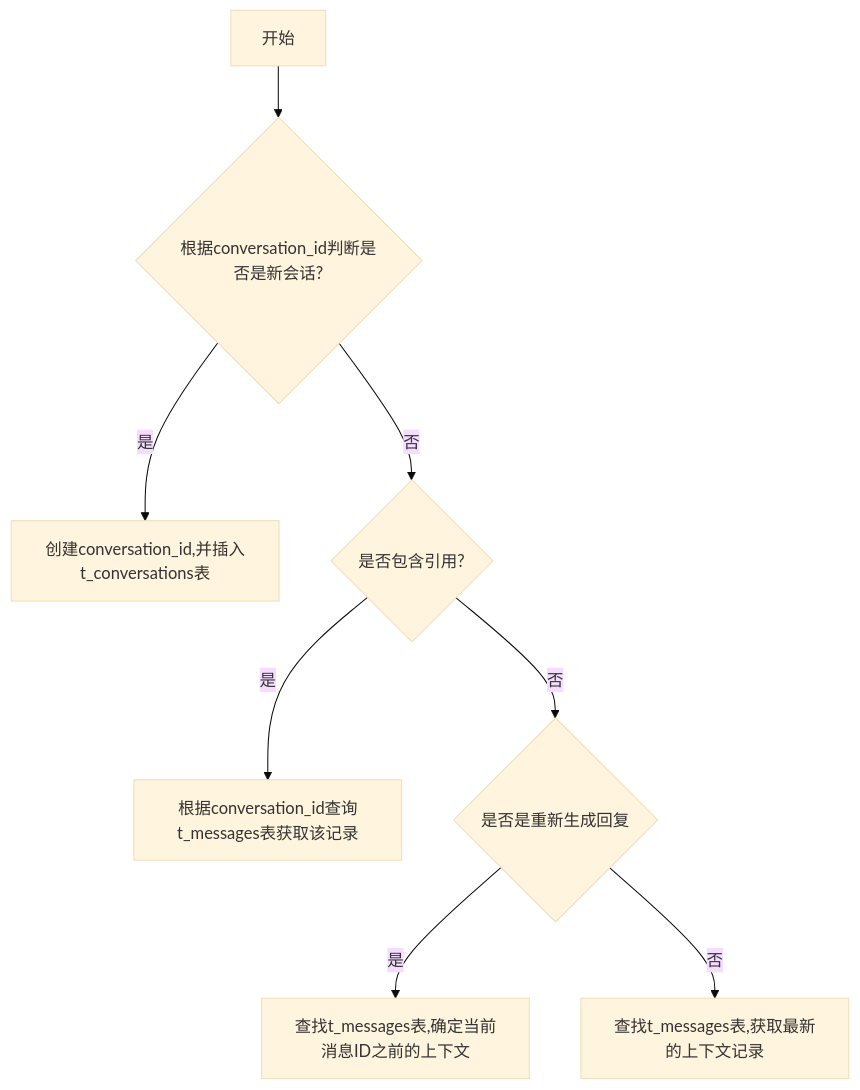
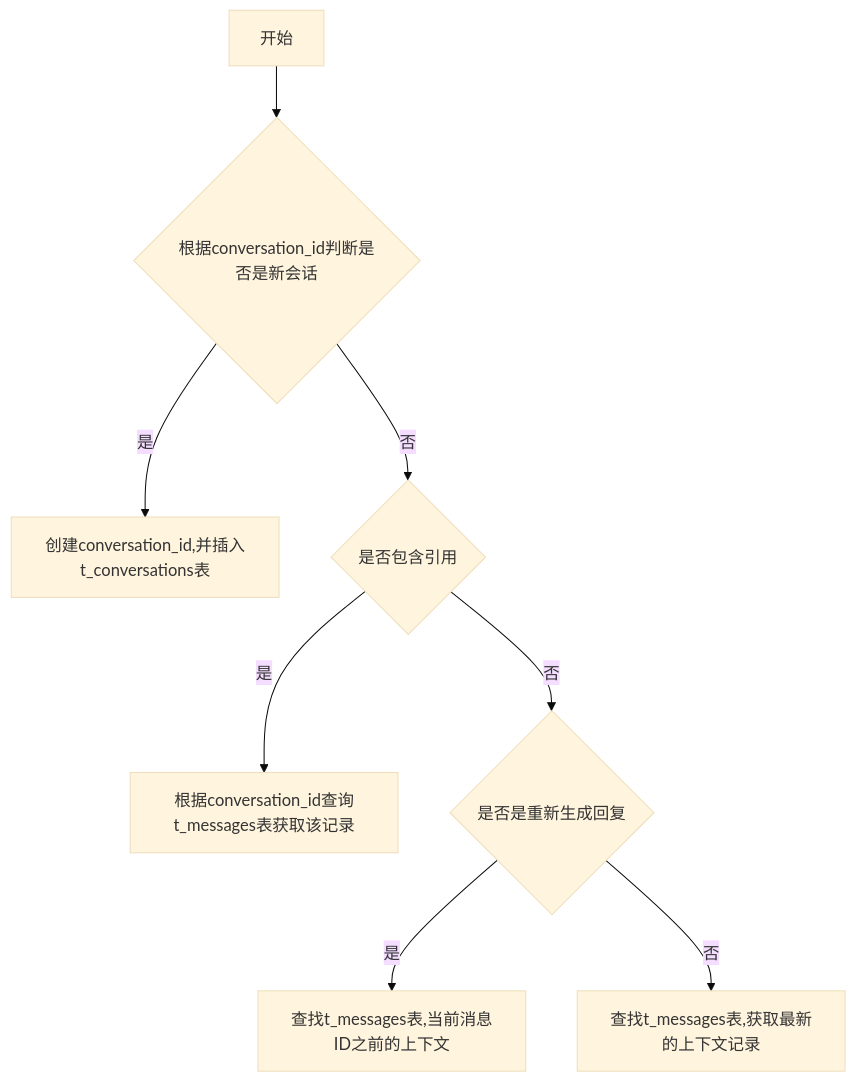
The diagram in all/未命名-7.md (yingjianzh/iodraw-files), drawn with Mermaid (base theme) before and after one commit.

Commit message:
2024-10-12 14:23:15 update

````diff
--- a/all/未命名-7.md
+++ b/all/未命名-7.md
@@ -1,12 +1,12 @@
 ```mermaid
 flowchart TD
-    A[开始] --> B{根据conversation_id判断是否是新会话?}
+    A[开始] --> B{根据conversation_id判断是否是新会话}
     B -- 是 --> C[创建conversation_id,并插入t_conversations表]
-    B -- 否 --> D{是否包含引用?}
+    B -- 否 --> D{是否包含引用}
     D -- 是 --> E[根据conversation_id查询t_messages表获取该记录]
     D -- 否 --> F{是否是重新生成回复}
-    F -- 是 --> G[查找t_messages表,确定当前消息ID之前的上下文]
+    F -- 是 --> G[查找t_messages表,当前消息ID之前的上下文]
     F -- 否 --> H[查找t_messages表,获取最新的上下文记录]
 
 
 ```
````
